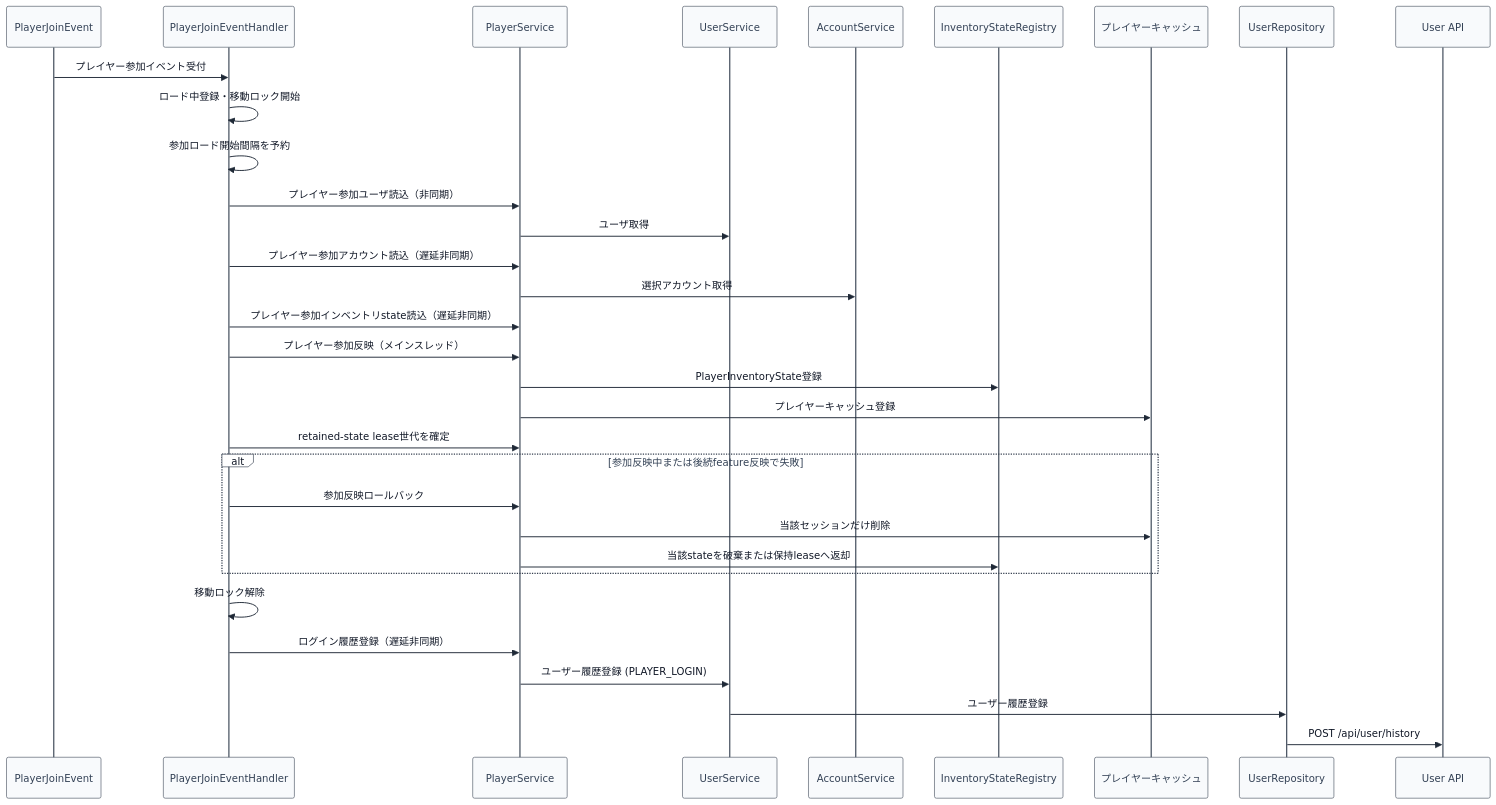
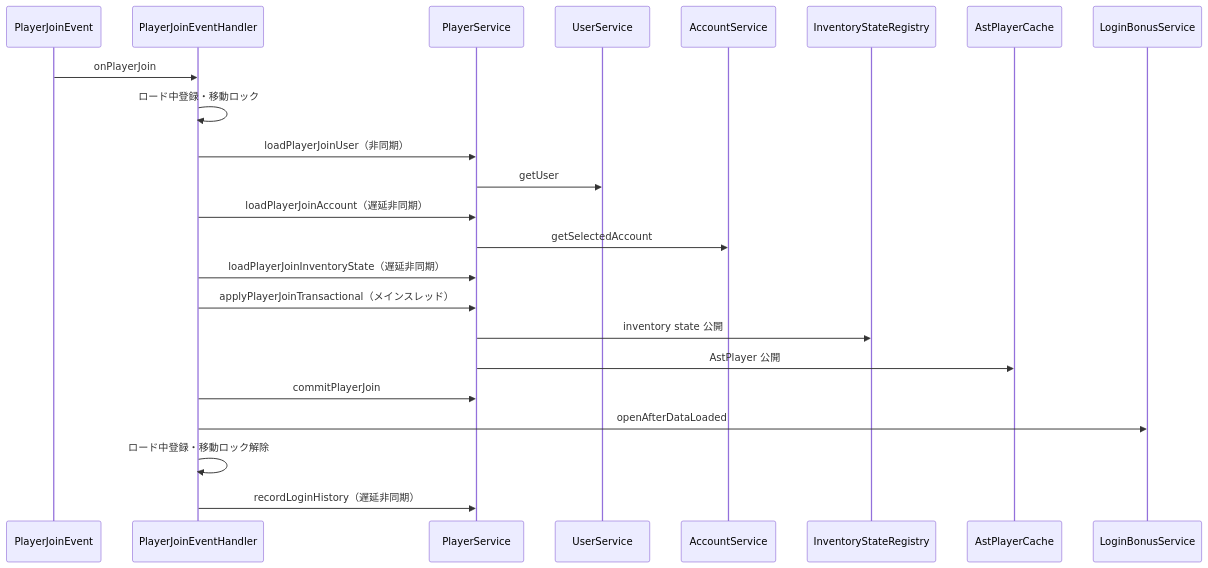
One commit to maaasu/AstralRecord-Workspace changed the first of 5 diagrams in 00_docs/10_Plugin設計書/feature/03-player/4-統合フロー/03_4.00-統合フロー.md. Above: the diagram before and after it, drawn with Mermaid. The commit also changed other lines of this file and 288 other files, not shown here.

````diff
--- a/00_docs/10_Plugin設計書/feature/03-player/4-統合フロー/03_4.00-統合フロー.md
+++ b/00_docs/10_Plugin設計書/feature/03-player/4-統合フロー/03_4.00-統合フロー.md
@@ -5,36 +7,26 @@
 ```mermaid
-%%{init: {"theme": "base", "themeVariables": {"lineColor": "#1f2937", "signalColor": "#1f2937", "signalTextColor": "#111827", "actorBkg": "#f8fafc", "actorBorder": "#4b5563", "actorTextColor": "#334155", "labelBoxBkgColor": "#ffffff", "labelBoxBorderColor": "#374151", "labelTextColor": "#111827"}}}%%
 sequenceDiagram
     participant EVT as PlayerJoinEvent
     participant H as PlayerJoinEventHandler
     participant PS as PlayerService
     participant US as UserService
     participant AS as AccountService
     participant IR as InventoryStateRegistry
-    participant C as プレイヤーキャッシュ
-    participant UR as UserRepository
-    participant API as User API
+    participant C as AstPlayerCache
+    participant LB as LoginBonusService
 
-    EVT->>H: プレイヤー参加イベント受付
-    H->>H: ロード中登録・移動ロック開始
-    H->>H: 参加ロード開始間隔を予約
-    H->>PS: プレイヤー参加ユーザ読込（非同期）
-    PS->>US: ユーザ取得
-    H->>PS: プレイヤー参加アカウント読込（遅延非同期）
-    PS->>AS: 選択アカウント取得
-    H->>PS: プレイヤー参加インベントリstate読込（遅延非同期）
-    H->>PS: プレイヤー参加反映（メインスレッド）
-    PS->>IR: PlayerInventoryState登録
-    PS->>C: プレイヤーキャッシュ登録
-    H->>PS: retained-state lease世代を確定
-    alt 参加反映中または後続feature反映で失敗
-        H->>PS: 参加反映ロールバック
-        PS->>C: 当該セッションだけ削除
-        PS->>IR: 当該stateを破棄または保持leaseへ返却
-    end
-    H->>H: 移動ロック解除
-    H->>PS: ログイン履歴登録（遅延非同期）
-    PS->>US: ユーザー履歴登録 (PLAYER_LOGIN)
-    US->>UR: ユーザー履歴登録
-    UR->>API: POST /api/user/history
+    EVT->>H: onPlayerJoin
+    H->>H: ロード中登録・移動ロック
+    H->>PS: loadPlayerJoinUser（非同期）
+    PS->>US: getUser
+    H->>PS: loadPlayerJoinAccount（遅延非同期）
+    PS->>AS: getSelectedAccount
+    H->>PS: loadPlayerJoinInventoryState（遅延非同期）
+    H->>PS: applyPlayerJoinTransactional（メインスレッド）
+    PS->>IR: inventory state 公開
+    PS->>C: AstPlayer 公開
+    H->>PS: commitPlayerJoin
+    H->>LB: openAfterDataLoaded
+    H->>H: ロード中登録・移動ロック解除
+    H->>PS: recordLoginHistory（遅延非同期）
 ```
````
